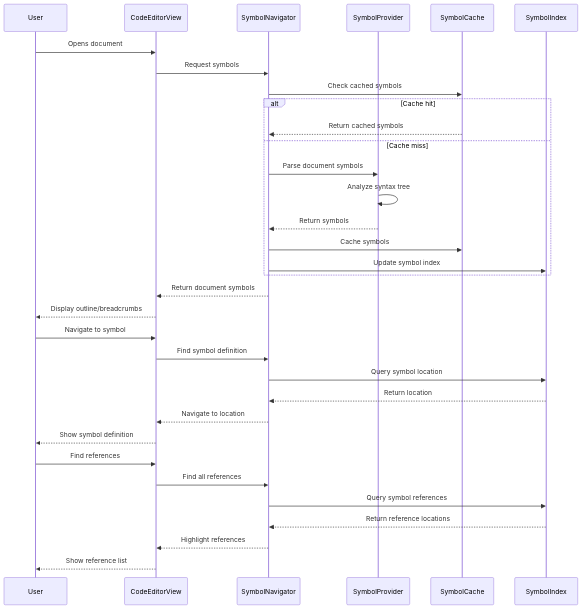
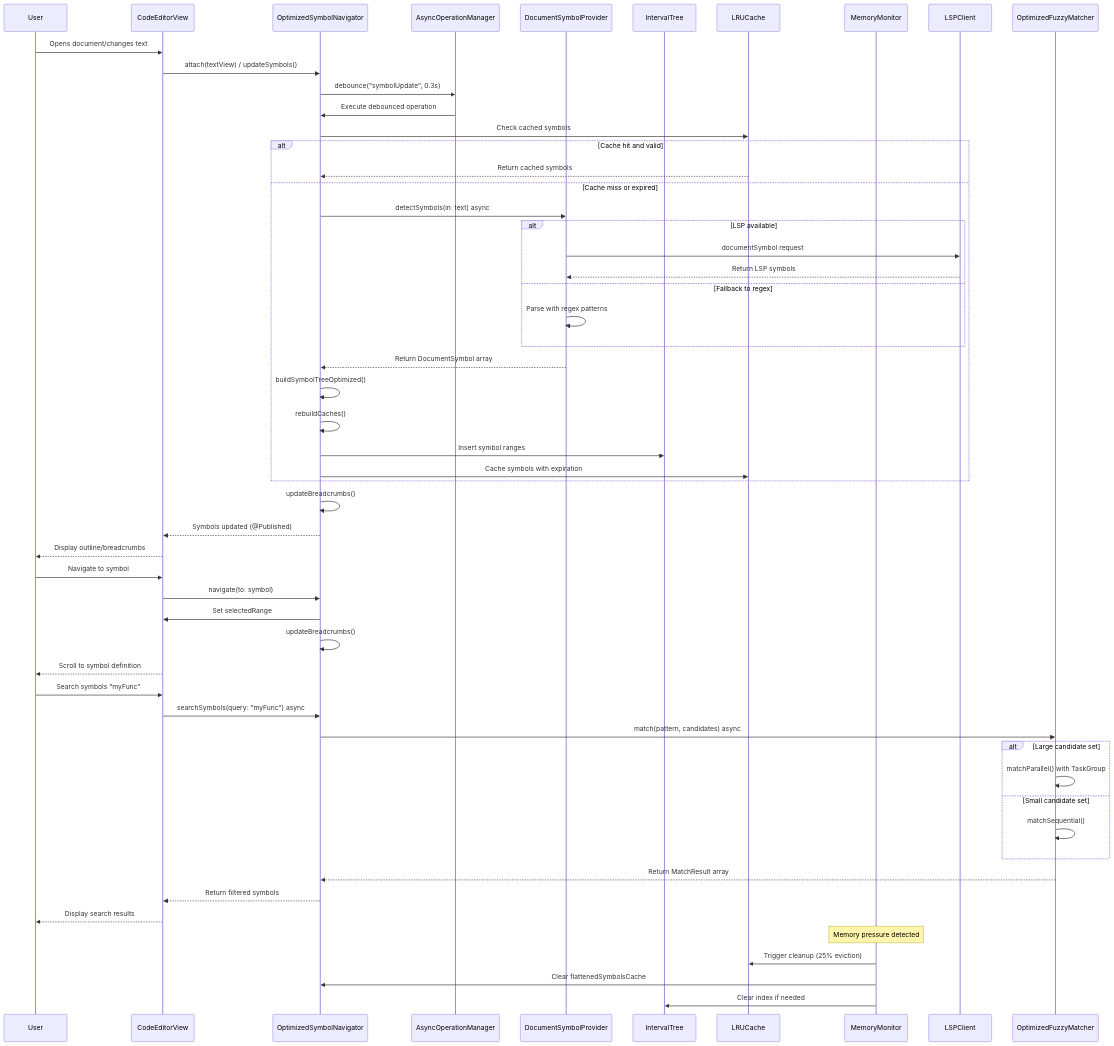
The second of 2 diagrams in Diagrams/14-symbol-navigation-intelligence.md (ajmcclary/CodeEditorKit), drawn with Mermaid before and after one commit. The commit also changed other lines of this file and 29 other files, not shown here.

First line of the commit message:
Enhance architecture documentation and add debugging integration

````diff
--- a/Diagrams/14-symbol-navigation-intelligence.md
+++ b/Diagrams/14-symbol-navigation-intelligence.md
@@ -300,40 +372,67 @@
 ```mermaid
 sequenceDiagram
     participant User as User
     participant Editor as CodeEditorView
-    participant Navigator as SymbolNavigator
-    participant Provider as SymbolProvider
-    participant Cache as SymbolCache
-    participant Index as SymbolIndex
+    participant Navigator as OptimizedSymbolNavigator
+    participant AsyncMgr as AsyncOperationManager
+    participant Provider as DocumentSymbolProvider
+    participant IntervalTree as IntervalTree
+    participant LRUCache as LRUCache
+    participant MemoryMonitor as MemoryMonitor
+    participant LSP as LSPClient
 
-    User->>Editor: Opens document
-    Editor->>Navigator: Request symbols
-    Navigator->>Cache: Check cached symbols
+    User->>Editor: Opens document/changes text
+    Editor->>Navigator: attach(textView) / updateSymbols()
+    Navigator->>AsyncMgr: debounce("symbolUpdate", 0.3s)
     
-    alt Cache hit
-        Cache-->>Navigator: Return cached symbols
-    else Cache miss
-        Navigator->>Provider: Parse document symbols
-        Provider->>Provider: Analyze syntax tree
-        Provider-->>Navigator: Return symbols
-        Navigator->>Cache: Cache symbols
-        Navigator->>Index: Update symbol index
+    AsyncMgr->>Navigator: Execute debounced operation
+    Navigator->>LRUCache: Check cached symbols
+    
+    alt Cache hit and valid
+        LRUCache-->>Navigator: Return cached symbols
+    else Cache miss or expired
+        Navigator->>Provider: detectSymbols(in: text) async
+        
+        alt LSP available
+            Provider->>LSP: documentSymbol request
+            LSP-->>Provider: Return LSP symbols
+        else Fallback to regex
+            Provider->>Provider: Parse with regex patterns
+        end
+        
+        Provider-->>Navigator: Return DocumentSymbol array
+        Navigator->>Navigator: buildSymbolTreeOptimized()
+        Navigator->>Navigator: rebuildCaches()
+        Navigator->>IntervalTree: Insert symbol ranges
+        Navigator->>LRUCache: Cache symbols with expiration
     end
     
-    Navigator-->>Editor: Return document symbols
+    Navigator->>Navigator: updateBreadcrumbs()
+    Navigator-->>Editor: Symbols updated (@Published)
     Editor-->>User: Display outline/breadcrumbs
 
     User->>Editor: Navigate to symbol
-    Editor->>Navigator: Find symbol definition
-    Navigator->>Index: Query symbol location
-    Index-->>Navigator: Return location
-    Navigator-->>Editor: Navigate to location
-    Editor-->>User: Show symbol definition
+    Editor->>Navigator: navigate(to: symbol)
+    Navigator->>Editor: Set selectedRange
+    Navigator->>Navigator: updateBreadcrumbs()
+    Editor-->>User: Scroll to symbol definition
 
-    User->>Editor: Find references
-    Editor->>Navigator: Find all references
-    Navigator->>Index: Query symbol references
-    Index-->>Navigator: Return reference locations
-    Navigator-->>Editor: Highlight references
-    Editor-->>User: Show reference list
+    User->>Editor: Search symbols "myFunc"
+    Editor->>Navigator: searchSymbols(query: "myFunc") async
+    Navigator->>OptimizedFuzzyMatcher: match(pattern, candidates) async
+    
+    alt Large candidate set
+        OptimizedFuzzyMatcher->>OptimizedFuzzyMatcher: matchParallel() with TaskGroup
+    else Small candidate set
+        OptimizedFuzzyMatcher->>OptimizedFuzzyMatcher: matchSequential()
+    end
+    
+    OptimizedFuzzyMatcher-->>Navigator: Return MatchResult array
+    Navigator-->>Editor: Return filtered symbols
+    Editor-->>User: Display search results
+
+    Note over MemoryMonitor: Memory pressure detected
+    MemoryMonitor->>LRUCache: Trigger cleanup (25% eviction)
+    MemoryMonitor->>Navigator: Clear flattenedSymbolsCache
+    MemoryMonitor->>IntervalTree: Clear index if needed
 ```
````
